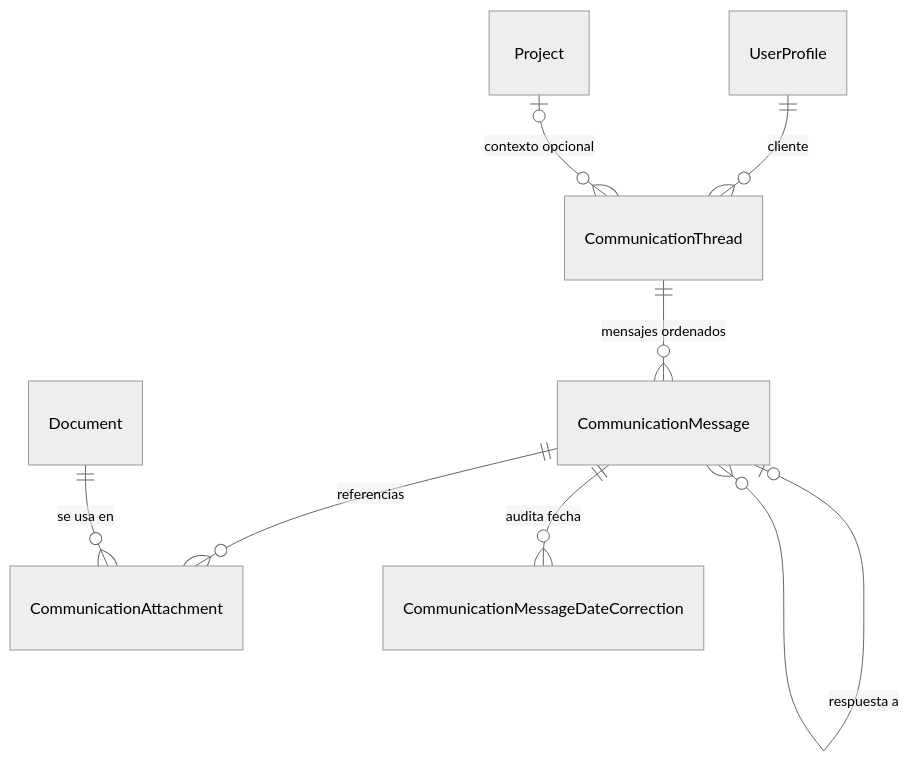
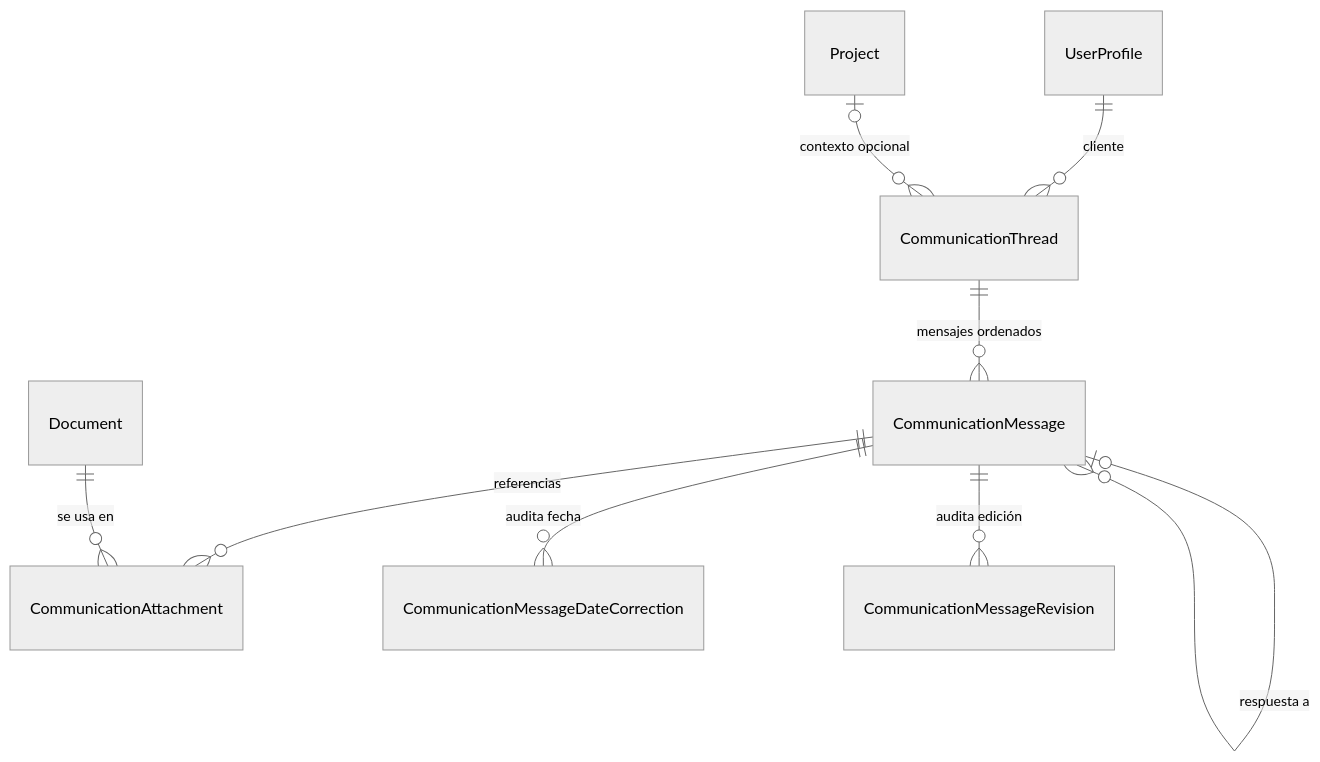
Before and after one commit to gustavop-dev/projectapp: the diagram in docs/superpowers/specs/2026-08-25-client-communications-registry-design.md, drawn with Mermaid (neutral theme). The commit also changed other lines of this file and 22 other files, not shown here.

````diff
--- a/docs/superpowers/specs/2026-08-25-client-communications-registry-design.md
+++ b/docs/superpowers/specs/2026-08-25-client-communications-registry-design.md
@@ -34,10 +34,11 @@
 ```mermaid
 erDiagram
     UserProfile ||--o{ CommunicationThread : "cliente"
     Project o|--o{ CommunicationThread : "contexto opcional"
     CommunicationThread ||--o{ CommunicationMessage : "mensajes ordenados"
     CommunicationMessage o|--o{ CommunicationMessage : "respuesta a"
     CommunicationMessage ||--o{ CommunicationAttachment : "referencias"
     Document ||--o{ CommunicationAttachment : "se usa en"
     CommunicationMessage ||--o{ CommunicationMessageDateCorrection : "audita fecha"
+    CommunicationMessage ||--o{ CommunicationMessageRevision : "audita edición"
 ```
````
